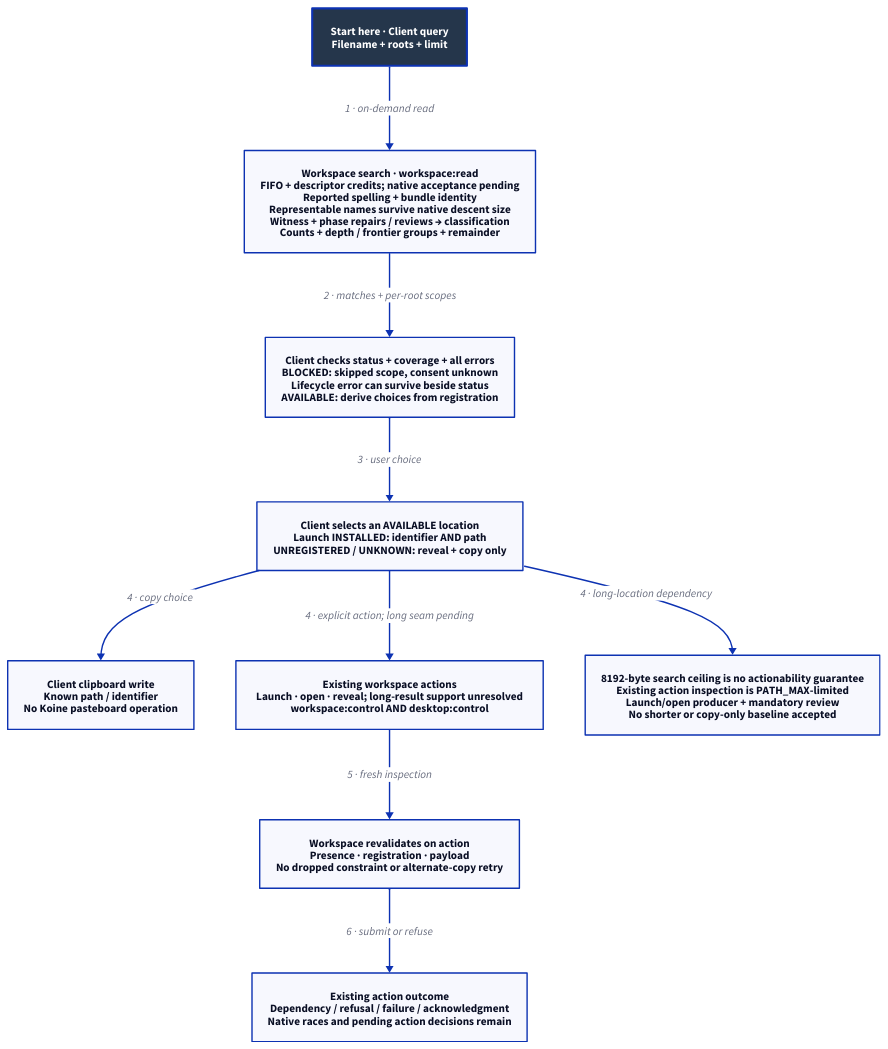
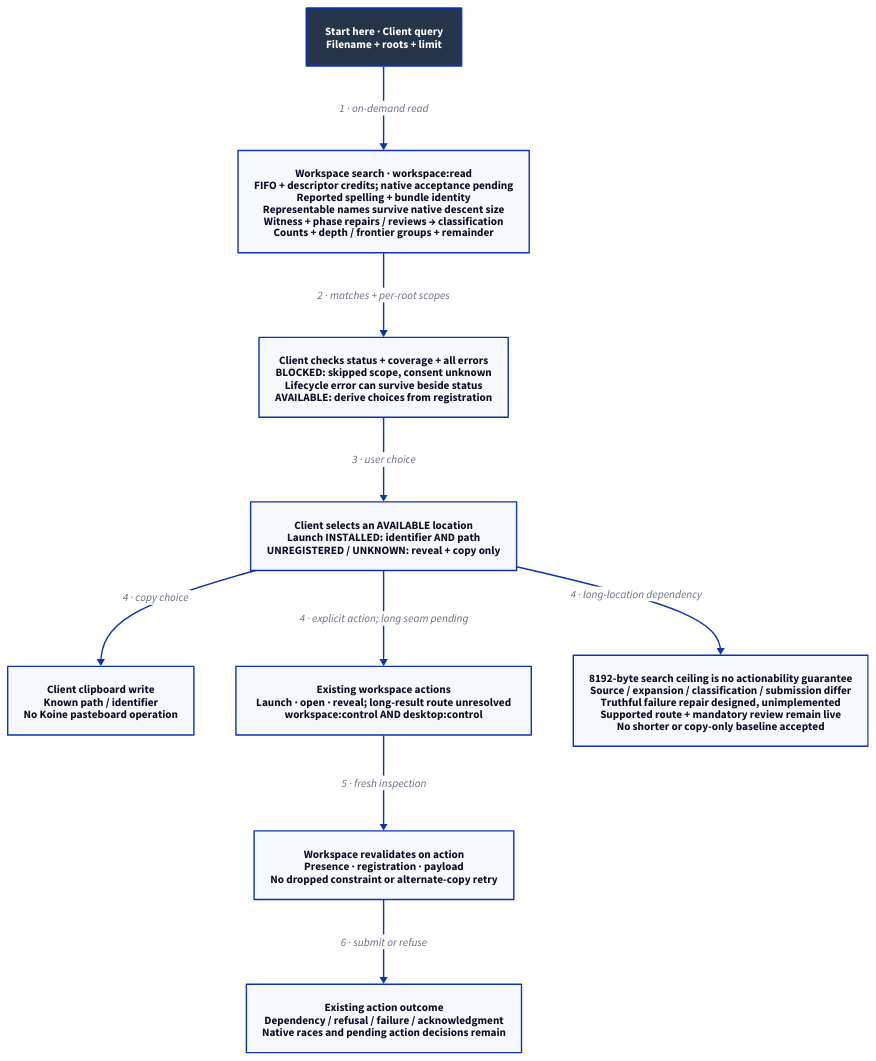
Before and after one commit to Linkuistics/Koine: the diagram in docs/design/architecture/search-handoff.d2, drawn with D2. The commit also changed 28 other files, not shown here.

Commit message:
long-action-native-boundary-k129: distinguish inspection limits and preserve route work

```diff
--- a/docs/design/architecture/search-handoff.d2
+++ b/docs/design/architecture/search-handoff.d2
@@ -1,22 +1,22 @@
 # Designed component/data handoff. Source roles, not deployment containers.
 direction: down
 classes: {
   start: {style: {fill: "#25364B"; font-color: "#FFFFFF"; bold: true; stroke-width: 3}}
 }
 Start: "Start here · Client query\nFilename + roots + limit" {class: start}
 Search: "Workspace search · workspace:read\nFIFO + descriptor credits; native acceptance pending\nReported spelling + bundle identity\nRepresentable names survive native descent size\nWitness + phase repairs / reviews → classification\nCounts + depth / frontier groups + remainder"
 Choices: "Client checks status + coverage + all errors\nBLOCKED: skipped scope, consent unknown\nLifecycle error can survive beside status\nAVAILABLE: derive choices from registration"
 Selected: "Client selects an AVAILABLE location\nLaunch INSTALLED: identifier AND path\nUNREGISTERED / UNKNOWN: reveal + copy only"
 Clipboard: "Client clipboard write\nKnown path / identifier\nNo Koine pasteboard operation"
-Action: "Existing workspace actions\nLaunch · open · reveal; long-result support unresolved\nworkspace:control AND desktop:control"
+Action: "Existing workspace actions\nLaunch · open · reveal; long-result route unresolved\nworkspace:control AND desktop:control"
 Revalidate: "Workspace revalidates on action\nPresence · registration · payload\nNo dropped constraint or alternate-copy retry"
 Outcome: "Existing action outcome\nDependency / refusal / failure / acknowledgment\nNative races and pending action decisions remain"
 Start -> Search: "1 · on-demand read"
 Search -> Choices: "2 · matches + per-root scopes"
 Choices -> Selected: "3 · user choice"
 Selected -> Clipboard: "4 · copy choice"
-Long: "8192-byte search ceiling is no actionability guarantee\nExisting action inspection is PATH_MAX-limited\nLaunch/open producer + mandatory review\nNo shorter or copy-only baseline accepted"
+Long: "8192-byte search ceiling is no actionability guarantee\nSource / expansion / classification / submission differ\nTruthful failure repair designed, unimplemented\nSupported route + mandatory review remain live\nNo shorter or copy-only baseline accepted"
 Selected -> Long: "4 · long-location dependency"
 Selected -> Action: "4 · explicit action; long seam pending"
 Action -> Revalidate: "5 · fresh inspection"
 Revalidate -> Outcome: "6 · submit or refuse"
```
